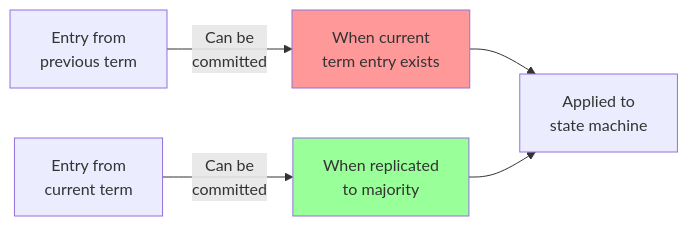
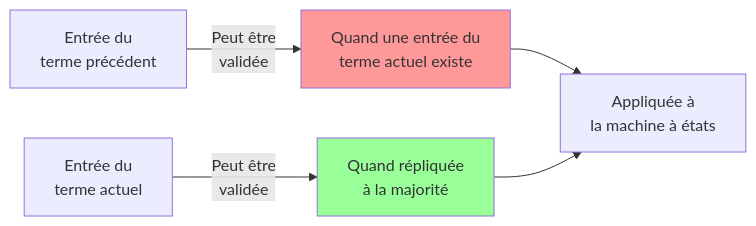
Before and after one commit to dardourimohamed/distributed-systems-course: the third of 3 diagrams in src/consensus/14-log-replication.md, drawn with Mermaid. The commit also changed other lines of this file and 38 other files, not shown here.

````diff
--- a/src/consensus/14-log-replication.md
+++ b/src/consensus/14-log-replication.md
@@ -273,11 +273,11 @@
 ```mermaid
 graph LR
-    A[Entry from<br/>previous term] -->|Can be<br/>committed| B[When current<br/>term entry exists]
-    C[Entry from<br/>current term] -->|Can be<br/>committed| D[When replicated<br/>to majority]
+    A[Entrée du<br/>terme précédent] -->|Peut être<br/>validée| B[Quand une entrée du<br/>terme actuel existe]
+    C[Entrée du<br/>terme actuel] -->|Peut être<br/>validée| D[Quand répliquée<br/>à la majorité]
 
-    B --> E[Applied to<br/>state machine]
+    B --> E[Appliquée à<br/>la machine à états]
     D --> E
 
     style B fill:#f99
     style D fill:#9f9
 ```
````
